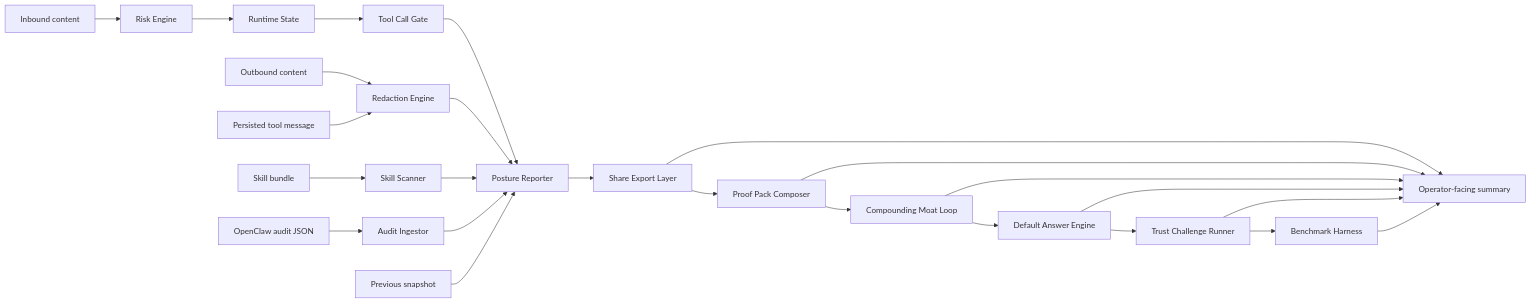
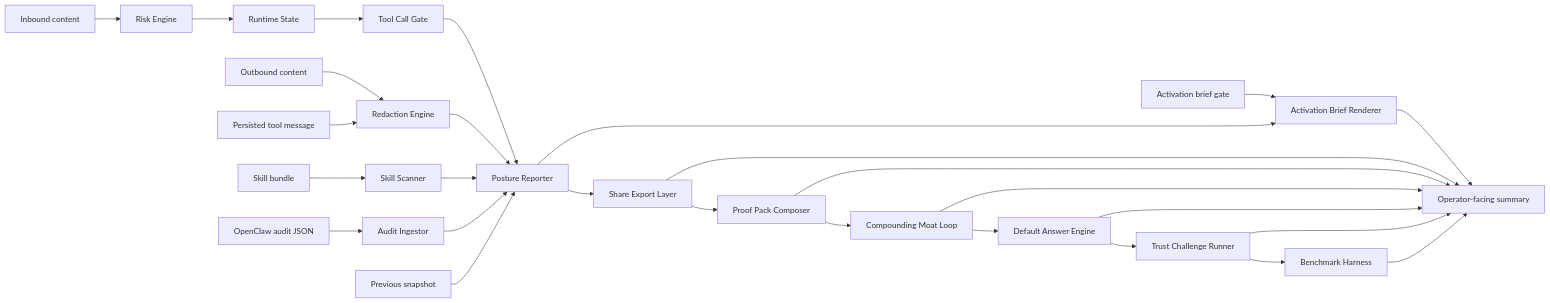
Before and after one commit to cschanhniem/clawshield: the third of 3 diagrams in docs/architecture/system-overview.md, drawn with Mermaid. The commit also changed other lines of this file and 40 other files, not shown here.

Commit message:
Release 0.1.3 with activation brief and Telegram aliases

````diff
--- a/docs/architecture/system-overview.md
+++ b/docs/architecture/system-overview.md
@@ -90,27 +98,30 @@
 ```mermaid
 flowchart LR
   A[Inbound content] --> B[Risk Engine]
   B --> C[Runtime State]
   C --> D[Tool Call Gate]
   D --> E[Posture Reporter]
   F[Outbound content] --> G[Redaction Engine]
   H[Persisted tool message] --> G
   G --> E
   I[Skill bundle] --> J[Skill Scanner]
   J --> E
   L[OpenClaw audit JSON] --> M[Audit Ingestor]
   M --> E
+  U[Activation brief gate] --> V[Activation Brief Renderer]
   N[Previous snapshot] --> E
   E --> O[Share Export Layer]
+  E --> V
+  V --> K
   O --> P[Proof Pack Composer]
   P --> Q[Compounding Moat Loop]
   Q --> R[Default Answer Engine]
   R --> S[Trust Challenge Runner]
   S --> T[Benchmark Harness]
   O --> K[Operator-facing summary]
   P --> K
   Q --> K
   R --> K
   S --> K
   T --> K
 ```
````
